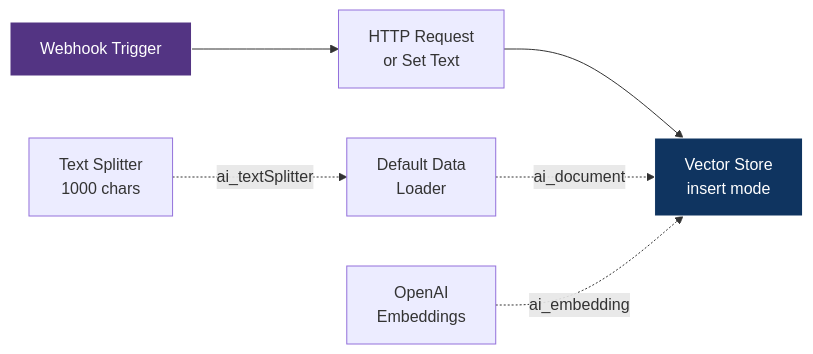
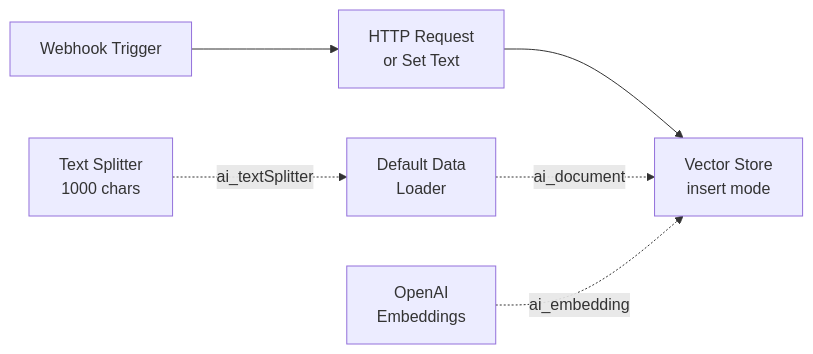
One commit to mj-deving/rag-pipeline-factory changed the third of 4 diagrams in README.md. Above: the diagram before and after it, drawn with Mermaid. The commit also changed other lines of this file, not shown here.

Commit message:
docs: remove custom colors from Mermaid diagrams

````diff
--- a/README.md
+++ b/README.md
@@ -117,11 +110,9 @@
 ```mermaid
 graph LR
     WH[Webhook Trigger] --> HTTP[HTTP Request<br/>or Set Text]
     HTTP --> VS2[Vector Store<br/>insert mode]
     DL[Default Data<br/>Loader] -.->|ai_document| VS2
     TS[Text Splitter<br/>1000 chars] -.->|ai_textSplitter| DL
     Emb2[OpenAI<br/>Embeddings] -.->|ai_embedding| VS2
 
-    style WH fill:#533483,stroke:#fff,color:#fff
-    style VS2 fill:#0f3460,stroke:#fff,color:#fff
 ```
````
